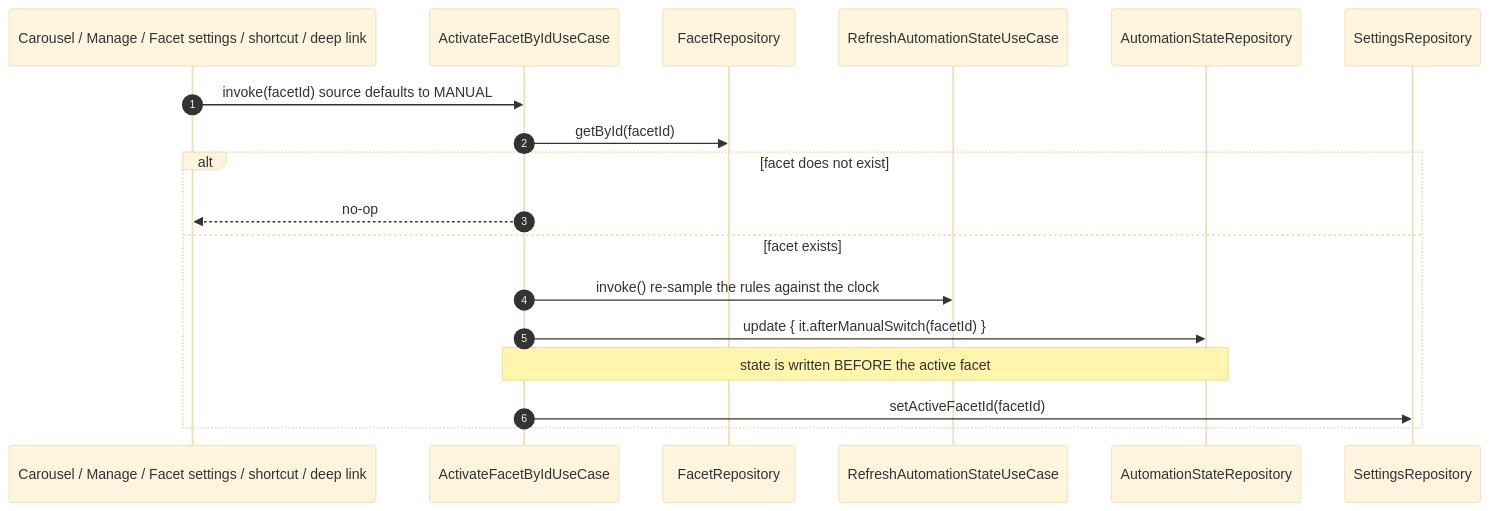
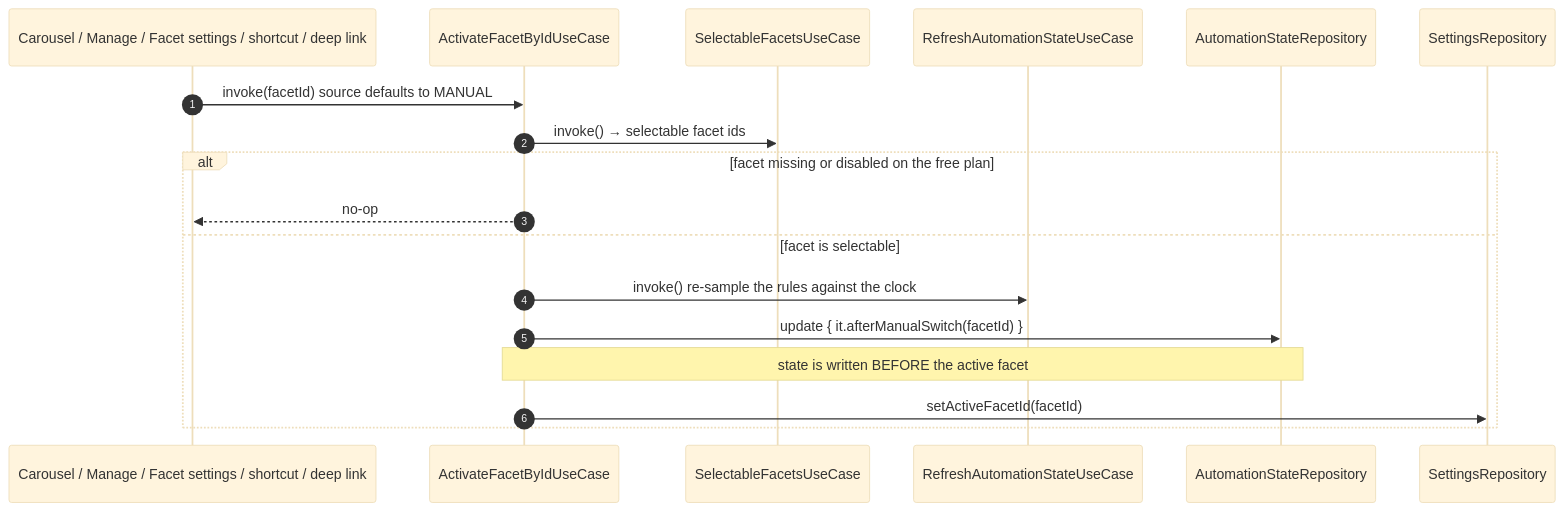
Before and after one commit to rohitganjam/facet-launcher: the second of 5 diagrams in docs/architecture/15-flow-facet-automation.md, drawn with Mermaid (base theme). The commit also changed other lines of this file and 38 other files, not shown here.

````diff
--- a/docs/architecture/15-flow-facet-automation.md
+++ b/docs/architecture/15-flow-facet-automation.md
@@ -223,20 +223,20 @@
 ```mermaid
 sequenceDiagram
     autonumber
     participant UI as Carousel / Manage / Facet settings / shortcut / deep link
     participant UC as ActivateFacetByIdUseCase
-    participant FR as FacetRepository
+    participant FR as SelectableFacetsUseCase
     participant RF as RefreshAutomationStateUseCase
     participant AS as AutomationStateRepository
     participant SR as SettingsRepository
     UI->>UC: invoke(facetId)   source defaults to MANUAL
-    UC->>FR: getById(facetId)
-    alt facet does not exist
+    UC->>FR: invoke() → selectable facet ids
+    alt facet missing or disabled on the free plan
         UC-->>UI: no-op
-    else facet exists
+    else facet is selectable
         UC->>RF: invoke()   re-sample the rules against the clock
         UC->>AS: update { it.afterManualSwitch(facetId) }
         Note over UC,AS: state is written BEFORE the active facet
         UC->>SR: setActiveFacetId(facetId)
     end
 ```
````
